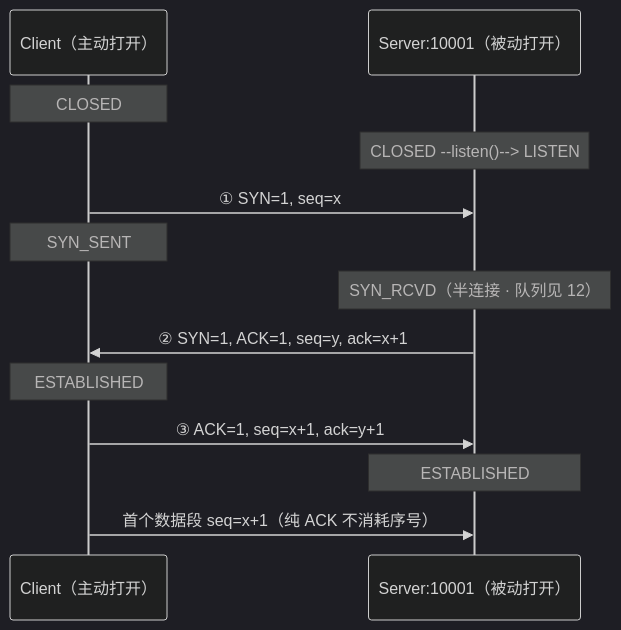
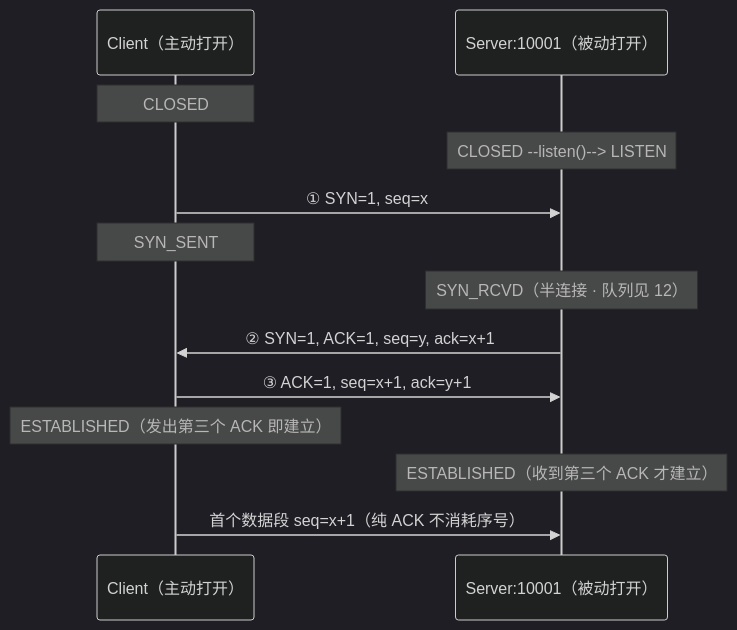
The second of 9 diagrams in 01-基础底座/13-TCP与UDP/知识点.md (ml-cuizijun/LearnToLilith), drawn with Mermaid (dark theme) before and after one commit. The commit also changed other lines of this file, not shown here.

````diff
--- a/01-基础底座/13-TCP与UDP/知识点.md
+++ b/01-基础底座/13-TCP与UDP/知识点.md
@@ -109,15 +109,15 @@
 ```mermaid
 sequenceDiagram
     participant C as Client（主动打开）
     participant S as Server:10001（被动打开）
     Note over C: CLOSED
     Note over S: CLOSED --listen()--> LISTEN
     C->>S: ① SYN=1, seq=x
     Note over C: SYN_SENT
     Note over S: SYN_RCVD（半连接 · 队列见 12）
     S->>C: ② SYN=1, ACK=1, seq=y, ack=x+1
-    Note over C: ESTABLISHED
     C->>S: ③ ACK=1, seq=x+1, ack=y+1
-    Note over S: ESTABLISHED
+    Note over C: ESTABLISHED（发出第三个 ACK 即建立）
+    Note over S: ESTABLISHED（收到第三个 ACK 才建立）
     C->>S: 首个数据段 seq=x+1（纯 ACK 不消耗序号）
 ```
````
